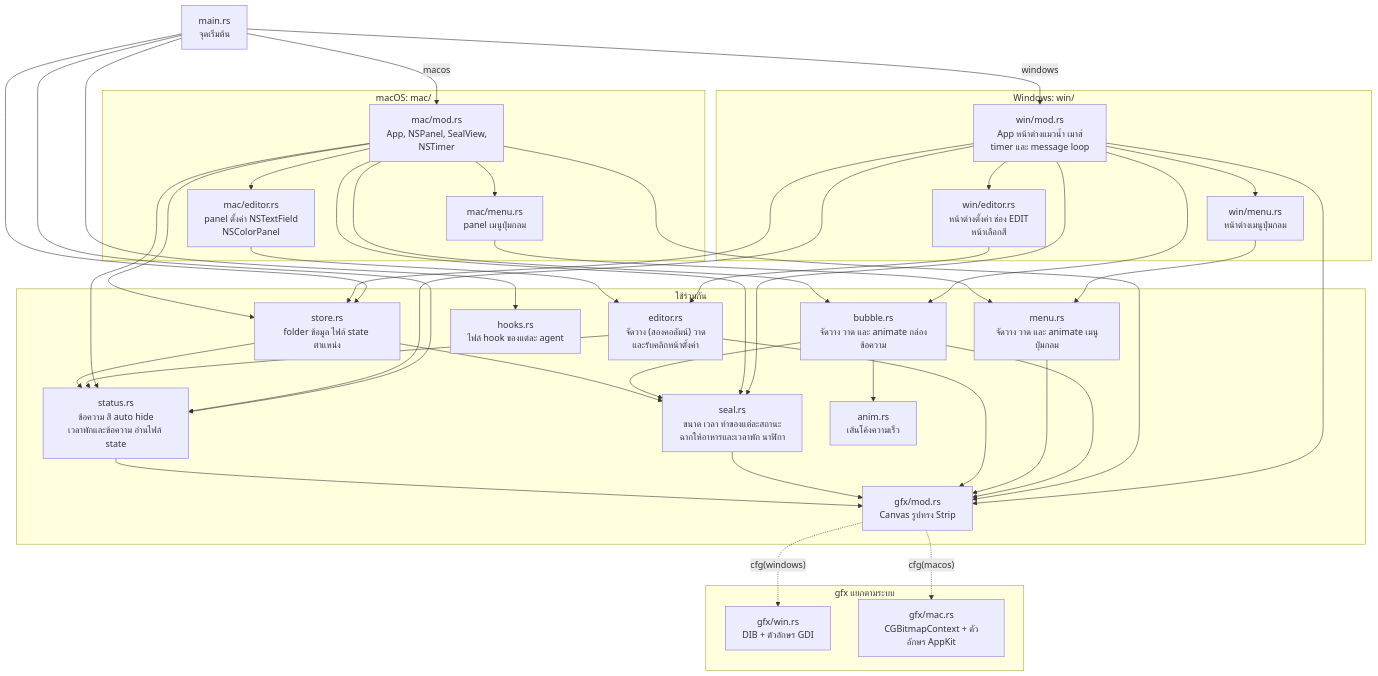
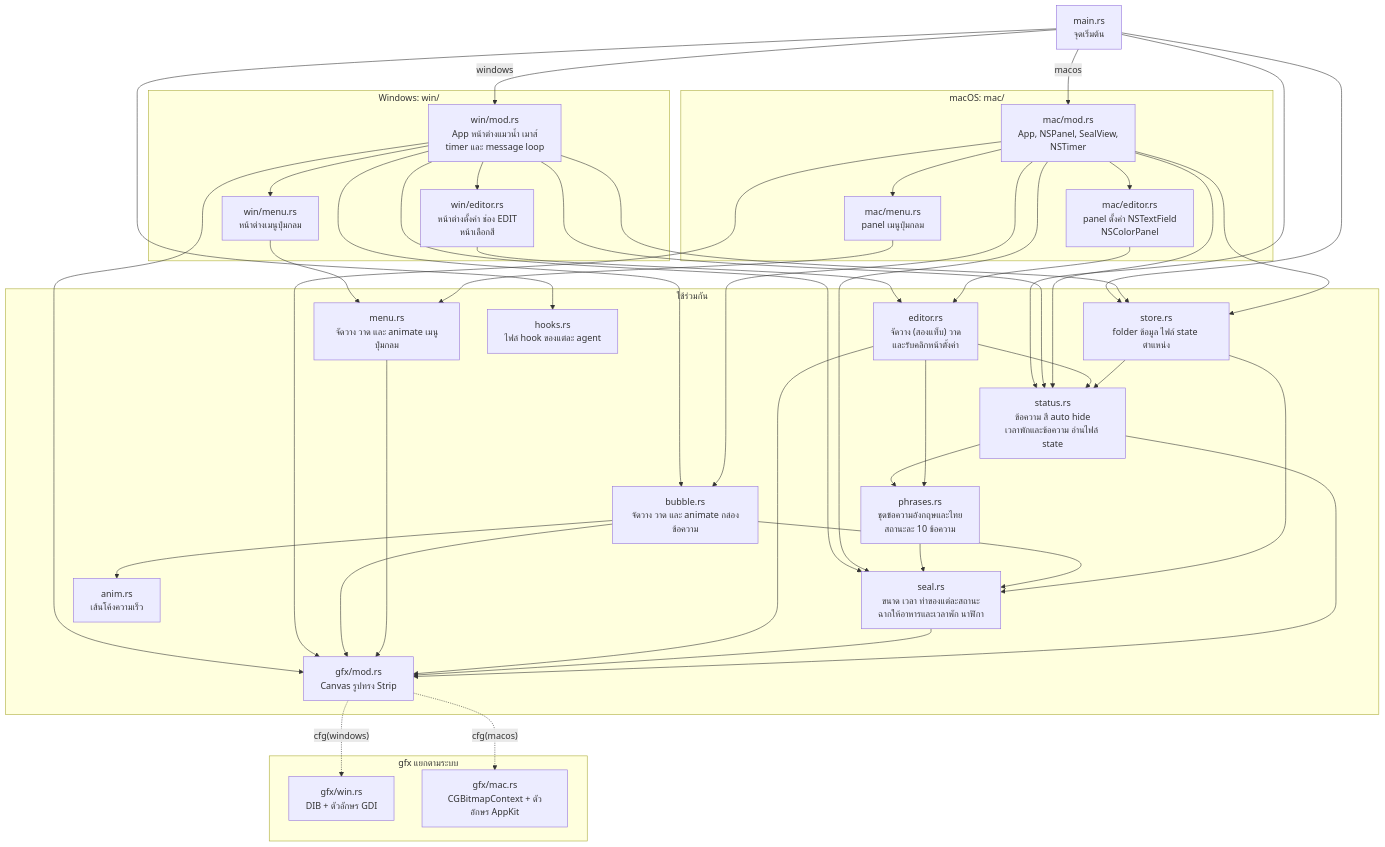
One commit to thanachaiakt/ai-mascot-hook changed the second of 7 diagrams in docs/th/architecture.md. Above: the diagram before and after it, drawn with Mermaid. The commit also changed other lines of this file and 40 other files, not shown here.

````diff
--- a/docs/th/architecture.md
+++ b/docs/th/architecture.md
@@ -46,63 +46,66 @@
 ```mermaid
 flowchart TB
     main["main.rs<br/>จุดเริ่มต้น"]
 
     subgraph shared["ใช้ร่วมกัน"]
         seal["seal.rs<br/>ขนาด เวลา ท่าของแต่ละสถานะ<br/>ฉากให้อาหารและเวลาพัก นาฬิกา"]
         store["store.rs<br/>folder ข้อมูล ไฟล์ state ตำแหน่ง"]
         status["status.rs<br/>ข้อความ สี auto hide<br/>เวลาพักและข้อความ อ่านไฟล์ state"]
+        phrases["phrases.rs<br/>ชุดข้อความอังกฤษและไทย<br/>สถานะละ 10 ข้อความ"]
         bubble["bubble.rs<br/>จัดวาง วาด และ animate กล่องข้อความ"]
         menu["menu.rs<br/>จัดวาง วาด และ animate เมนูปุ่มกลม"]
-        editor["editor.rs<br/>จัดวาง (สองคอลัมน์) วาด<br/>และรับคลิกหน้าตั้งค่า"]
+        editor["editor.rs<br/>จัดวาง (สองแท็บ) วาด<br/>และรับคลิกหน้าตั้งค่า"]
         hooks["hooks.rs<br/>ไฟล์ hook ของแต่ละ agent"]
         anim["anim.rs<br/>เส้นโค้งความเร็ว"]
         gfx["gfx/mod.rs<br/>Canvas รูปทรง Strip"]
     end
 
     subgraph backends["gfx แยกตามระบบ"]
         gwin["gfx/win.rs<br/>DIB + ตัวอักษร GDI"]
         gmac["gfx/mac.rs<br/>CGBitmapContext + ตัวอักษร AppKit"]
     end
 
     subgraph win["Windows: win/"]
         wmod["win/mod.rs<br/>App หน้าต่างแมวน้ำ เมาส์<br/>timer และ message loop"]
         wmenu["win/menu.rs<br/>หน้าต่างเมนูปุ่มกลม"]
         wed["win/editor.rs<br/>หน้าต่างตั้งค่า ช่อง EDIT<br/>หน้าเลือกสี"]
     end
 
     subgraph mac["macOS: mac/"]
         mmod["mac/mod.rs<br/>App, NSPanel, SealView,<br/>NSTimer"]
         mmenu["mac/menu.rs<br/>panel เมนูปุ่มกลม"]
         med["mac/editor.rs<br/>panel ตั้งค่า NSTextField<br/>NSColorPanel"]
     end
 
     main --> hooks
     main --> status
     main --> store
     main -- "windows" --> wmod
     main -- "macos" --> mmod
 
     wmod --> wmenu
     wmod --> wed
     mmod --> mmenu
     mmod --> med
     wmenu & mmenu --> menu
     wed & med --> editor
     wmod & mmod --> bubble
     wmod & mmod --> seal
     wmod & mmod --> store
     wmod & mmod --> status
     wmod & mmod --> gfx
 
     bubble --> anim
     bubble --> gfx
     menu & editor --> gfx
     editor --> status
+    status & editor --> phrases
+    phrases --> seal
     bubble --> seal
     store --> seal
     store --> status
     seal --> gfx
     status --> gfx
     gfx -. "cfg(windows)" .-> gwin
     gfx -. "cfg(macos)" .-> gmac
 ```
````
